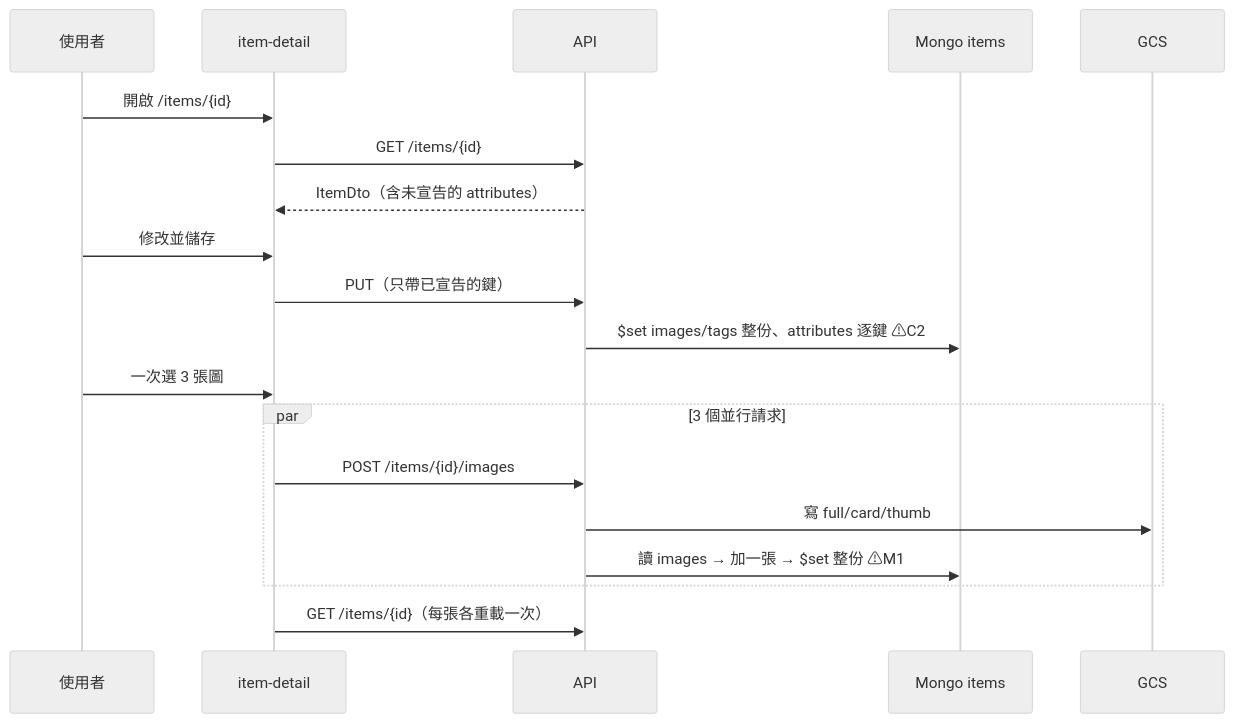
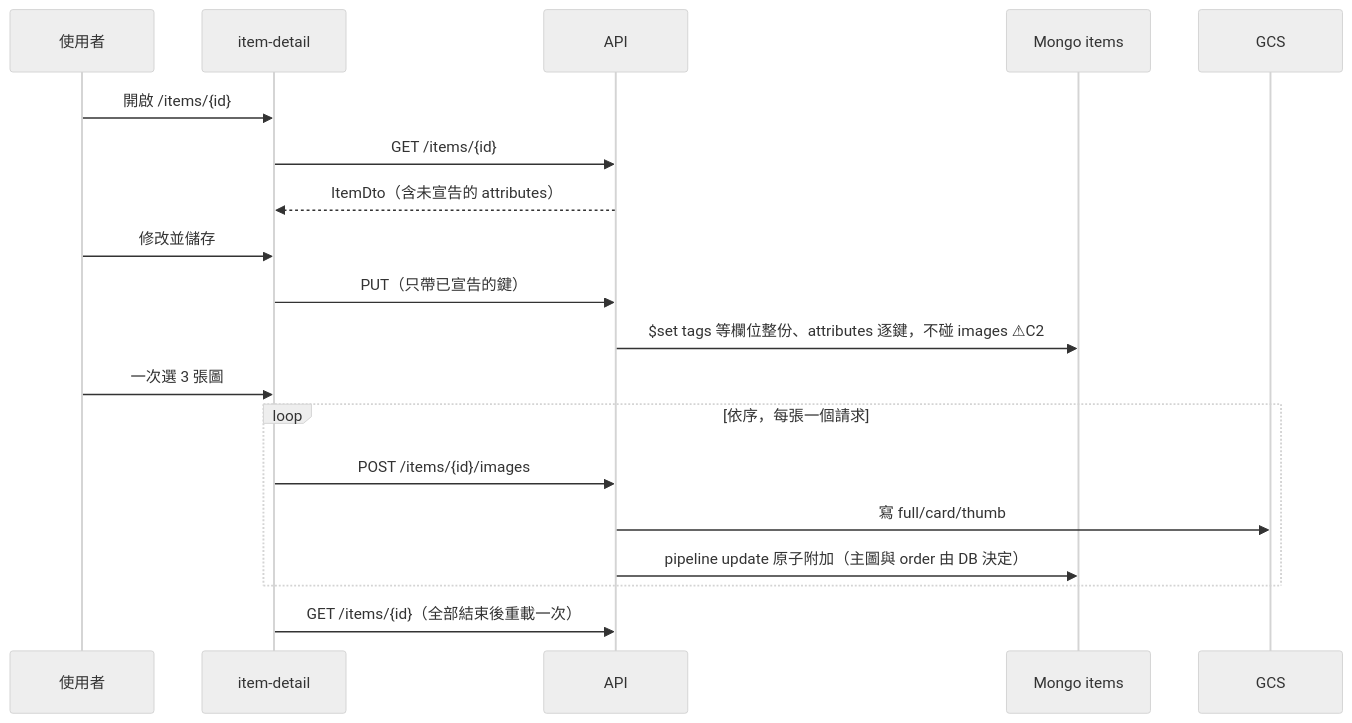
The second of 5 diagrams in docs/architecture/02-data-flow.md (AdamChang/my-collection), drawn with Mermaid (neutral theme) before and after one commit. The commit also changed other lines of this file and 8 other files, not shown here.

First line of the commit message:
docs(architecture): 標記 M1、M6、M9 已解決，AGENTS.md 高風險區域改為只剩 C2

````diff
--- a/docs/architecture/02-data-flow.md
+++ b/docs/architecture/02-data-flow.md
@@ -37,21 +37,21 @@
 ```mermaid
 sequenceDiagram
   participant U as 使用者
   participant W as item-detail
   participant API
   participant M as Mongo items
   participant G as GCS
   U->>W: 開啟 /items/{id}
   W->>API: GET /items/{id}
   API-->>W: ItemDto（含未宣告的 attributes）
   U->>W: 修改並儲存
   W->>API: PUT（只帶已宣告的鍵）
-  API->>M: $set images/tags 整份、attributes 逐鍵 ⚠C2
+  API->>M: $set tags 等欄位整份、attributes 逐鍵，不碰 images ⚠C2
   U->>W: 一次選 3 張圖
-  par 3 個並行請求
+  loop 依序，每張一個請求
     W->>API: POST /items/{id}/images
     API->>G: 寫 full/card/thumb
-    API->>M: 讀 images → 加一張 → $set 整份 ⚠M1
+    API->>M: pipeline update 原子附加（主圖與 order 由 DB 決定）
   end
-  W->>API: GET /items/{id}（每張各重載一次）
+  W->>API: GET /items/{id}（全部結束後重載一次）
 ```
````
